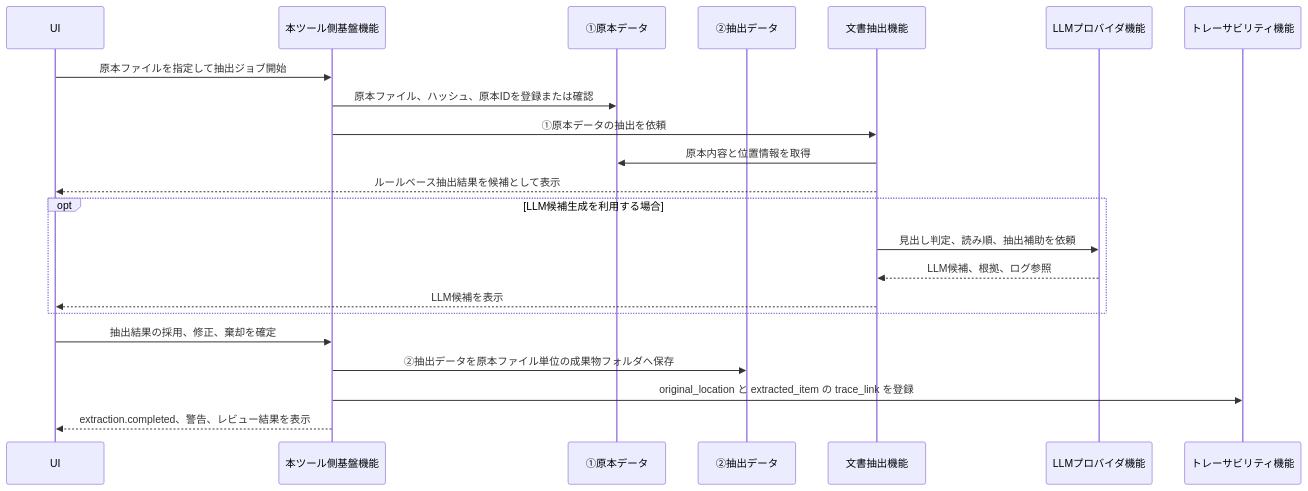
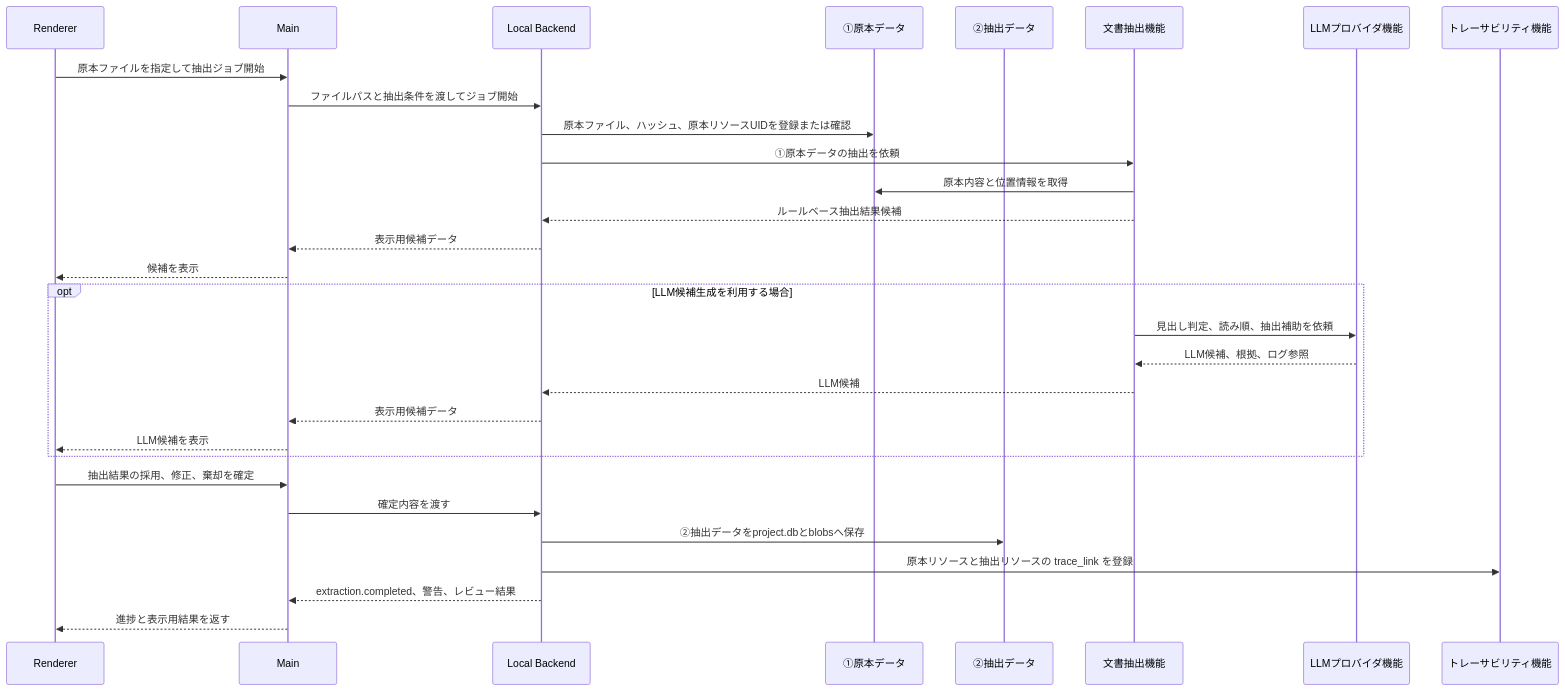
The fourth of 9 diagrams in docs/sdd_function_architecture.md (kfuruichi0920/d2d), drawn with Mermaid before and after one commit. The commit also changed other lines of this file, not shown here.

````diff
--- a/docs/sdd_function_architecture.md
+++ b/docs/sdd_function_architecture.md
@@ -266,25 +281,33 @@
 ```mermaid
 sequenceDiagram
-    participant UI as UI
-    participant Host as 本ツール側基盤機能
+    participant UI as Renderer
+    participant Main as Main
+    participant Host as Local Backend
     participant Source as ①原本データ
     participant Extracted as ②抽出データ
     participant Importer as 文書抽出機能
     participant LLM as LLMプロバイダ機能
     participant Trace as トレーサビリティ機能
 
-    UI->>Host: 原本ファイルを指定して抽出ジョブ開始
-    Host->>Source: 原本ファイル、ハッシュ、原本IDを登録または確認
+    UI->>Main: 原本ファイルを指定して抽出ジョブ開始
+    Main->>Host: ファイルパスと抽出条件を渡してジョブ開始
+    Host->>Source: 原本ファイル、ハッシュ、原本リソースUIDを登録または確認
     Host->>Importer: ①原本データの抽出を依頼
     Importer->>Source: 原本内容と位置情報を取得
-    Importer-->>UI: ルールベース抽出結果を候補として表示
+    Importer-->>Host: ルールベース抽出結果候補
+    Host-->>Main: 表示用候補データ
+    Main-->>UI: 候補を表示
     opt LLM候補生成を利用する場合
         Importer->>LLM: 見出し判定、読み順、抽出補助を依頼
         LLM-->>Importer: LLM候補、根拠、ログ参照
-        Importer-->>UI: LLM候補を表示
+        Importer-->>Host: LLM候補
+        Host-->>Main: 表示用候補データ
+        Main-->>UI: LLM候補を表示
     end
-    UI->>Host: 抽出結果の採用、修正、棄却を確定
-    Host->>Extracted: ②抽出データを原本ファイル単位の成果物フォルダへ保存
-    Host->>Trace: original_location と extracted_item の trace_link を登録
-    Host-->>UI: extraction.completed、警告、レビュー結果を表示
+    UI->>Main: 抽出結果の採用、修正、棄却を確定
+    Main->>Host: 確定内容を渡す
+    Host->>Extracted: ②抽出データをproject.dbとblobsへ保存
+    Host->>Trace: 原本リソースと抽出リソースの trace_link を登録
+    Host-->>Main: extraction.completed、警告、レビュー結果
+    Main-->>UI: 進捗と表示用結果を返す
 ```
````
